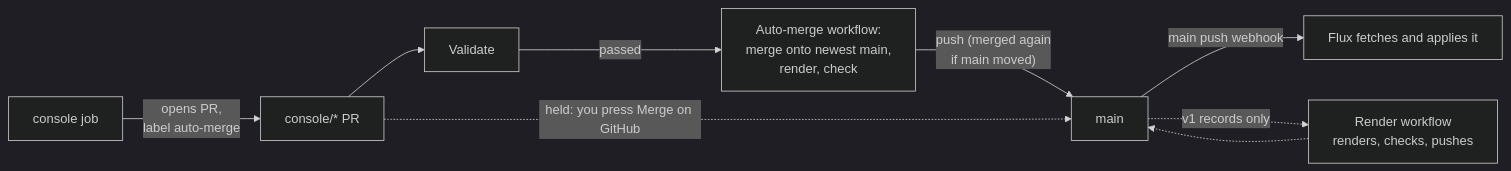
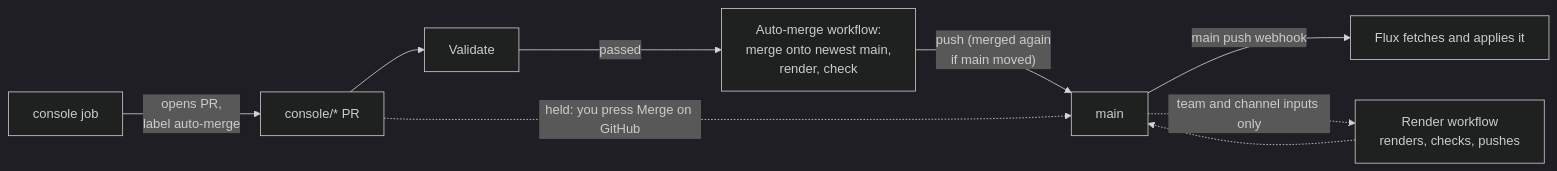
One commit to samclement/swhurl-platform changed the diagram in docs/console.md. Above: the diagram before and after it, drawn with Mermaid (dark theme). The commit also changed other lines of this file and 37 other files, not shown here.

````diff
--- a/docs/console.md
+++ b/docs/console.md
@@ -120,9 +119,9 @@
 ```mermaid
 flowchart LR
   console["console job"] -->|"opens PR,<br/>label auto-merge"| pr["console/* PR"]
   pr --> validate["Validate"]
   validate -->|"passed"| wf["Auto-merge workflow:<br/>merge onto newest main,<br/>render, check"]
   wf -->|"push (merged again<br/>if main moved)"| main["main"] -->|"main push webhook"| flux["Flux fetches and applies it"]
   pr -.->|"held: you press Merge on GitHub"| main
-  main -.->|"v1 records only"| render["Render workflow<br/>renders, checks, pushes"] -.-> main
+  main -.->|"team and channel inputs only"| render["Render workflow<br/>renders, checks, pushes"] -.-> main
 ```
````
